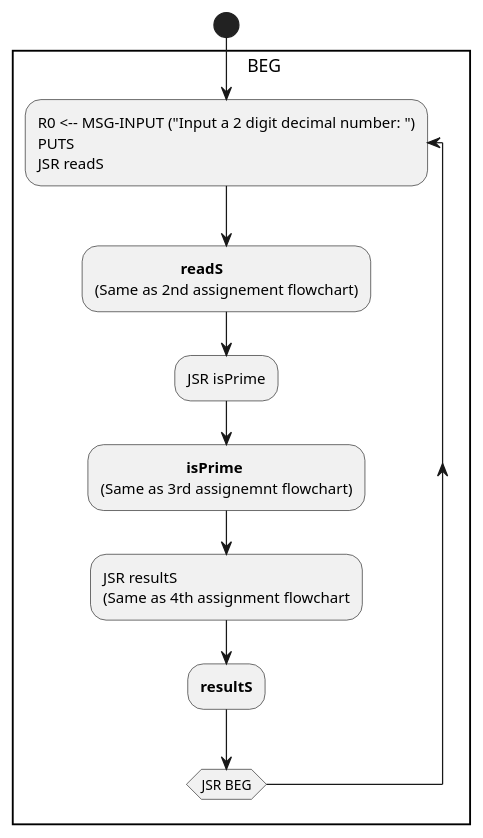
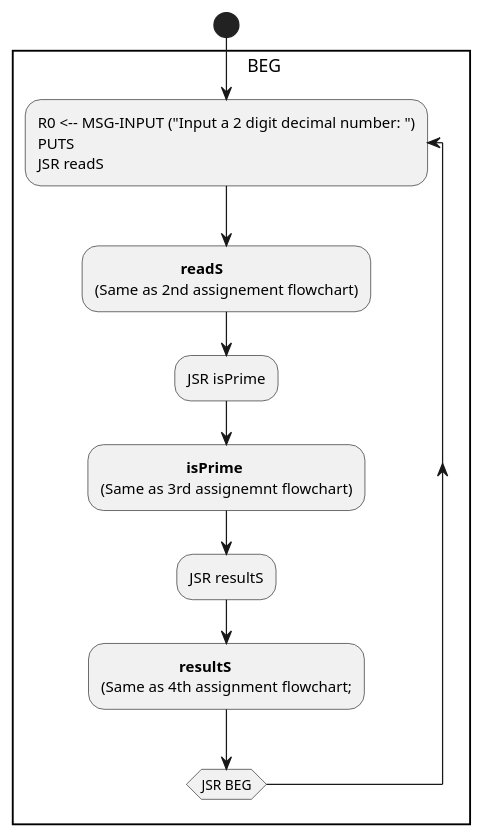
Before and after one commit to YesSeri/first-assignment-machine-programming: the diagram in flowcharts/5th assignment plantuml.puml, drawn with PlantUML. The commit also changed 5 other files, not shown here.

Commit message:
Diagram fixes. Now fully done

```diff
--- a/flowcharts/5th assignment plantuml.puml
+++ b/flowcharts/5th assignment plantuml.puml
@@ -1,188 +1,189 @@
 @startuml
 start
 
 rectangle "          BEG" {
 
 
 repeat:R0 <-- MSG-INPUT ("Input a 2 digit decimal number: ")\nPUTS\nJSR readS;
 
 :                      **readS**
 (Same as 2nd assignement flowchart);
 :JSR isPrime;
 :                      **isPrime**
 (Same as 3rd assignemnt flowchart);
 
-:JSR resultS
-(Same as 4th assignment flowchart;
-:**resultS**;
+:JSR resultS;
+
+:                    **resultS**
+(Same as 4th assignment flowchart;;
 repeat while (JSR BEG)
 }
 
 
 
 
 
 
 
 
 /' COMMENTED OUT CODE'/
 
 
 
 
 
 /'rectangle "                 resultS" {
 
 
 :R0 <-- !R0
 R0 <-- !R0;
 if (R0 ?= 0) then (Yes)
 rectangle            "SKIP" {
 :LEA R0 <-- MSG-IS-NOT-PRIME
 PUTS
 RET;
 }
 else (No)
 :LEA R0 <-- MSG-IS-PRIME
 PUTS
 RET;
 endif
 }
 :HALT;
 stop
 '/
 
 
 
 
 
 
 
 
 
 /'THIS IS COMMENTED OUT CODE'/
 
 
 
 
 /'rectangle "                 readS" {
 :M[SAVEREG1] <-- R1
 M[SAVEREG2] <-- R2
 M[SAVEREG3] <-- R3
 R2 <-- R2 && 0
 R3 <-- R2 + 5
 IN (Recieve input from keyboard)
 R1 <--R2 + R0
 IN (Recieve input from keyboard)
 R2 <-- M[CVT] (Convert to corresponding decimal value)
 R0 <-- R0 + R2
 R1 <-- R1 + R2
 R2 <-- R2 && 0;
 
 repeat:R2 <-- R2 + R1\nR3 <-- R3 + (-1);
 repeat while (R3 ?= 0) is (No)
 -> Yes;
 :R2 <-- R2 + R2
 R0 <-- R2 + R0
 R1 <-- SAVEREG1
 R2 <-- SAVEREG2
 R3 <-- SAVEREG3
 RET;
 }'/
 
 /'rectangle "                        isPrime" {
 
 :SAVE2REG1 <-- R1
 SAVE2REG2 <-- R2
 SAVE2REG3 <-- R3
 SAVE2REG4 <-- R4
 SAVE2REG5 <-- R5
 RETURNADDRESS <-- R7;
 
 :R1 <-- R0 + (-2);
 
 if (R1 ?= 0) then (Yes)
 rectangle "                    PRIME" {
 :R0 <-- R0 && 0
 R0 <-- R0 + 1;
 }
 rectangle "                           RESTOREREG" {
 
 :R1 <-- SAVE2REG1
 R2 <-- SAVE2REG2
 R3 <-- SAVE2REG3
 R4 <-- SAVE2REG4
 R5 <-- SAVE2REG5
 R7 <-- RETURNADDRESS
 RET;
 :HALT;
 stop
 }
 
 else (No)
 :R1 <-- R0 + 1;
 endif
 if (R1 ?= 0) then (Yes)
 rectangle "                    NOTPRIME" {
 
 :R0 <-- R0 && 0;
 }
 :**RESTOREREG**;
 :HALT;
 stop
 else (No)
 :R2 <-- R2 && 0
 R2 <-- R2 + (-1);
 endif
 rectangle "                    ODD" {
 
 :R2 <-- R2 + (-2)\nR3 <-- R0 + R2;
 if (R3 ?= 0) then (Yes)
 :**PRIME**;
 :**RESTOREREG**;
 :HALT;
 stop
 else (No)
 :R1 <-- R1 + 2
 JSR divide;
 endif
 
 rectangle "                    divide" {
 :SAVEREG1 <-- R0
 SAVEREG2 <-- R1
 SAVEREG3 <-- R2
 R4 <-- R4 && 0
 R2 <-- !R1
 R2 <-- R2 + 1;
 rectangle "                    SUB" {
 
 repeat:R4 <-- R4 + 1\nR0 <-- R0 + R2;
 repeat while (R0 ?= 0 || R0 ?= Positive) is (Yes)
 -> No;
 :R4 <-- R4 + (-1)
 R5 <-- R5 && 0
 R5 <-- R0 + R1
 R0 <-- SAVEREG1
 R1 <-- SAVEREG2
 R2 <-- SAVEREG3
 RET;
 }
 }
 :R5 <-- !R5
 R5 <-- !R5;
 }
 if (R5 ?= Postive || R5 ?= Negative) then (Yes)
 :**ODD**;
 stop
 else (No)
 :**NOTPRIME**;
 :**RESTOREREG**;
 :HALT;
 stop
 endif'/
 
 
 
 
 
 @enduml
```
